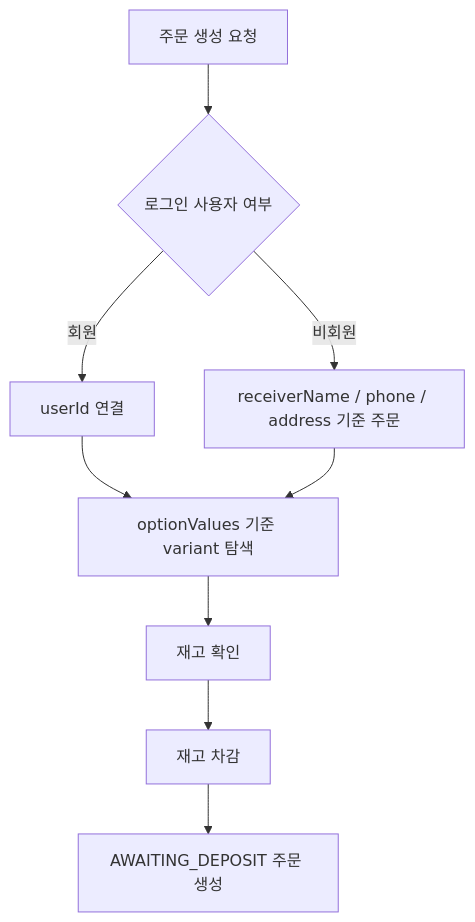
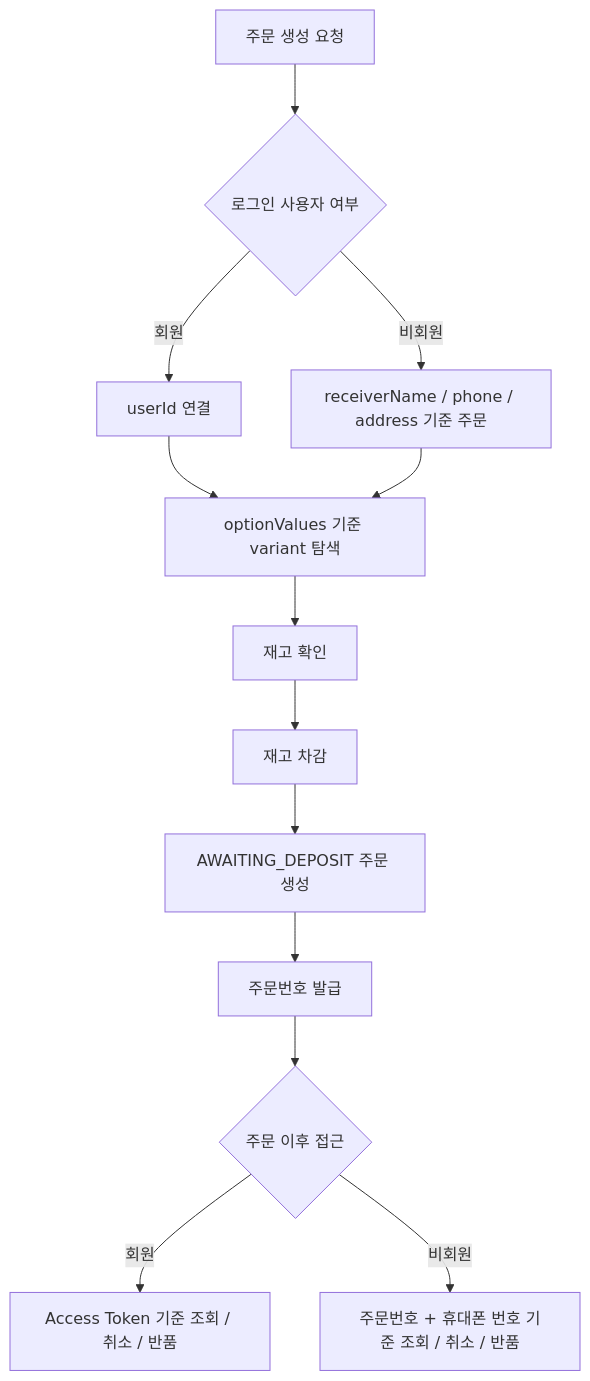
One commit to Economy0326/shopping-backend changed the fourth of 8 diagrams in README.md. Above: the diagram before and after it, drawn with Mermaid. The commit also changed other lines of this file, not shown here.

````diff
--- a/README.md
+++ b/README.md
@@ -303,14 +312,19 @@
 ```mermaid
 flowchart TD
   A["주문 생성 요청"] --> B{"로그인 사용자 여부"}
 
   B -->|회원| C["userId 연결"]
   B -->|비회원| D["receiverName / phone / address 기준 주문"]
 
   C --> E["optionValues 기준 variant 탐색"]
   D --> E
 
   E --> F["재고 확인"]
   F --> G["재고 차감"]
   G --> H["AWAITING_DEPOSIT 주문 생성"]
+  H --> I["주문번호 발급"]
+
+  I --> J{"주문 이후 접근"}
+  J -->|회원| K["Access Token 기준 조회 / 취소 / 반품"]
+  J -->|비회원| L["주문번호 + 휴대폰 번호 기준 조회 / 취소 / 반품"]
 ```
````
